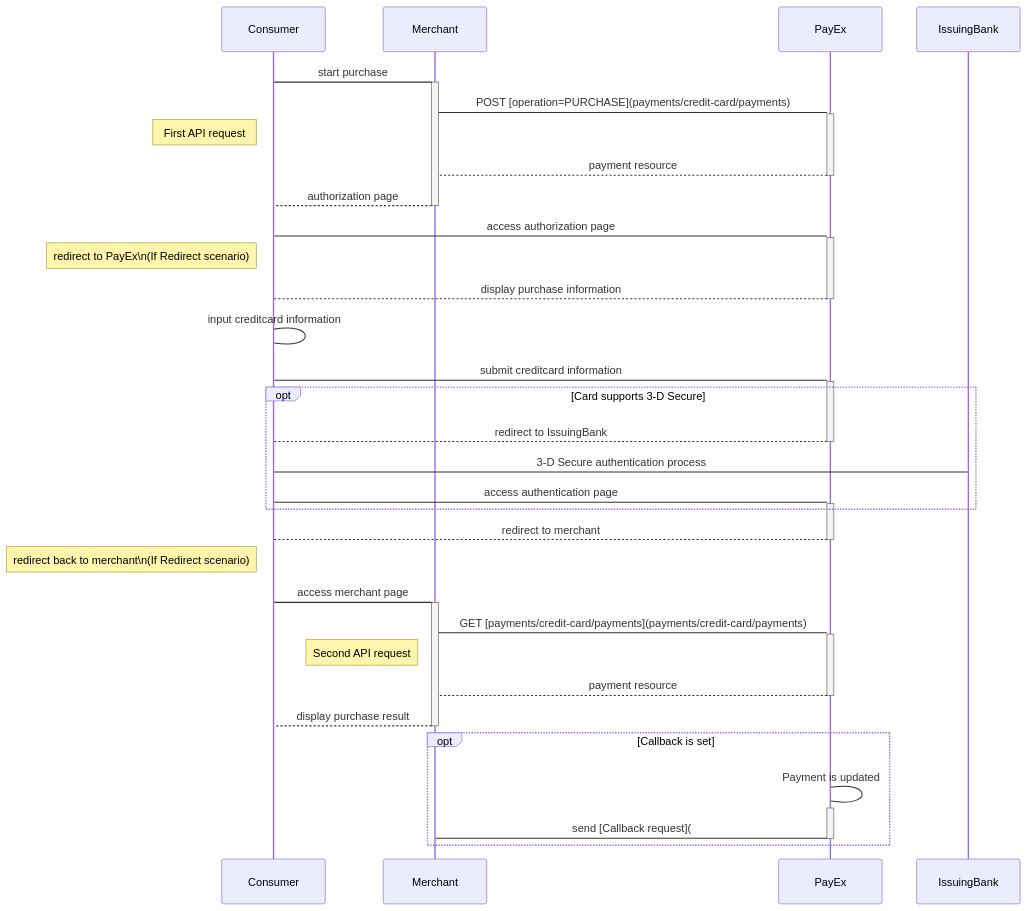
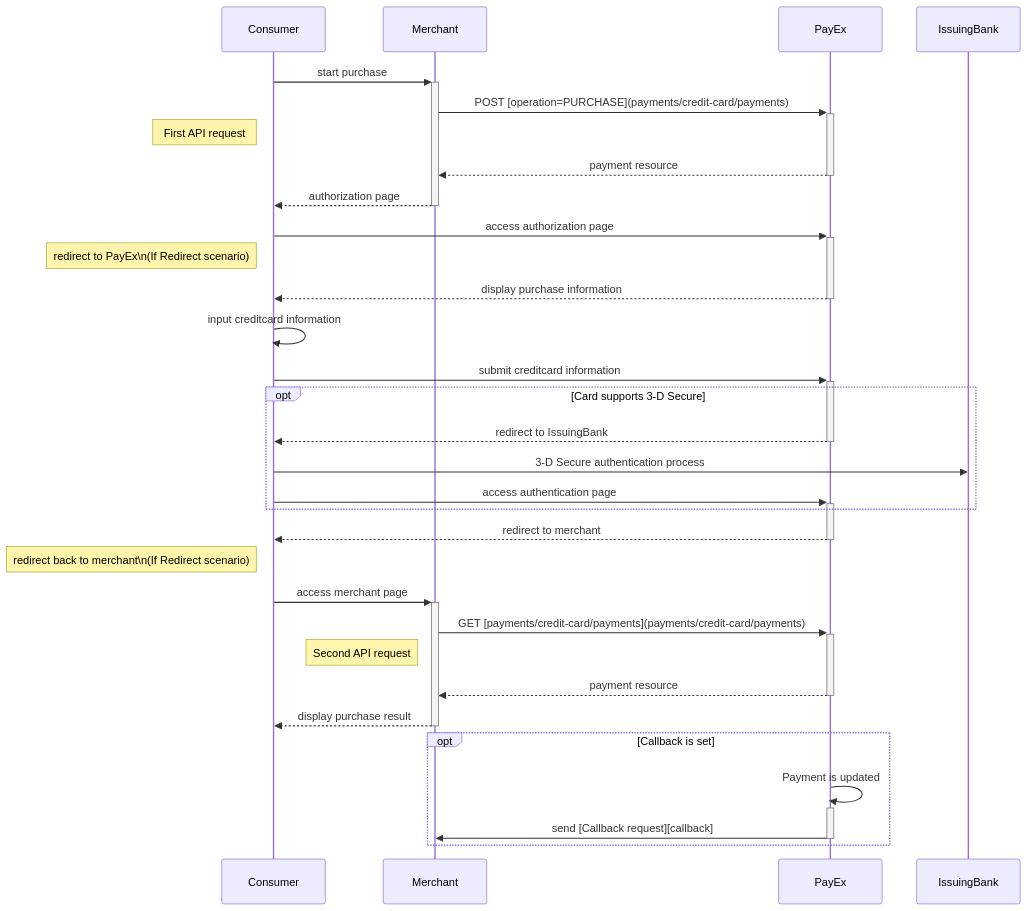
The second of 4 diagrams in payments/credit-card/redirect.md (SwedbankPay/developer.swedbankpay.com), drawn with Mermaid before and after one commit. The commit also changed other lines of this file and 4 other files, not shown here.

Commit message:
DX-266 Reorganizing credit-card section. Fixing typos, links, tables and diagrams. Adding finalize to after-payment.

````diff
--- a/payments/credit-card/redirect.md
+++ b/payments/credit-card/redirect.md
@@ -80,44 +85,44 @@
 ```mermaid
 sequenceDiagram
-  Consumer->+Merchant: start purchase
-  Merchant->+PayEx: POST [operation=PURCHASE](payments/credit-card/payments)
+  Consumer->>+Merchant: start purchase
+  Merchant->>+PayEx: POST [operation=PURCHASE](payments/credit-card/payments)
   note left of Consumer: First API request
-  PayEx-->Merchant: payment resource
+  PayEx-->>Merchant: payment resource
   deactivate PayEx
-  Merchant-->Consumer: authorization page
+  Merchant-->>Consumer: authorization page
   deactivate Merchant
 
-  Consumer->+PayEx: access authorization page
+  Consumer->>+PayEx: access authorization page
   note left of Consumer: redirect to PayEx\n(If Redirect scenario)
-  PayEx-->Consumer: display purchase information
+  PayEx-->>Consumer: display purchase information
   deactivate PayEx
 
-  Consumer->Consumer: input creditcard information
-  Consumer->+PayEx: submit creditcard information
+  Consumer->>Consumer: input creditcard information
+  Consumer->>+PayEx: submit creditcard information
   
   opt Card supports 3-D Secure
-    PayEx-->Consumer: redirect to IssuingBank
+    PayEx-->>Consumer: redirect to IssuingBank
     deactivate PayEx
-    Consumer->IssuingBank: 3-D Secure authentication process
-    Consumer->+PayEx: access authentication page
+    Consumer->>IssuingBank: 3-D Secure authentication process
+    Consumer->>+PayEx: access authentication page
   end
   
-  PayEx-->Consumer: redirect to merchant 
+  PayEx-->>Consumer: redirect to merchant 
   deactivate PayEx
   note left of Consumer: redirect back to merchant\n(If Redirect scenario)
   
-  Consumer->+Merchant: access merchant page
-  Merchant->+PayEx: GET [payments/credit-card/payments](payments/credit-card/payments)
+  Consumer->>+Merchant: access merchant page
+  Merchant->>+PayEx: GET [payments/credit-card/payments](payments/credit-card/payments)
   note left of Merchant: Second API request
-  PayEx-->Merchant: payment resource
+  PayEx-->>Merchant: payment resource
   deactivate PayEx
-  Merchant-->Consumer: display purchase result
+  Merchant-->>Consumer: display purchase result
   deactivate Merchant
 
   opt Callback is set
-    PayEx->PayEx: Payment is updated
+    PayEx->>PayEx: Payment is updated
     activate PayEx
-    PayEx->Merchant: send [Callback request](#)
+    PayEx->>Merchant: send [Callback request][callback]
     deactivate PayEx
   end
 ```
````
